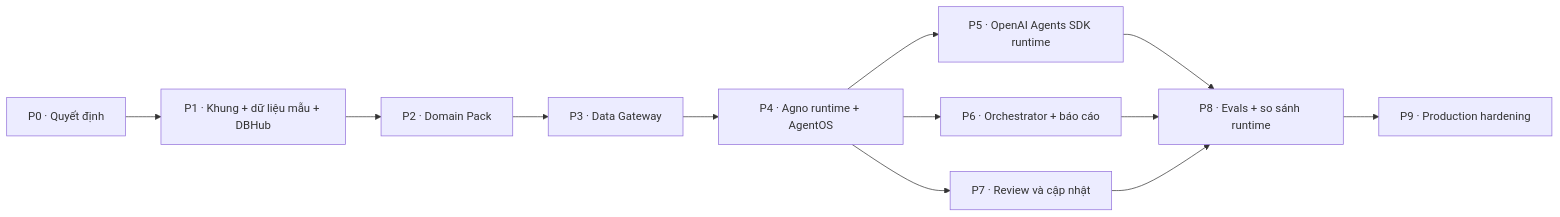
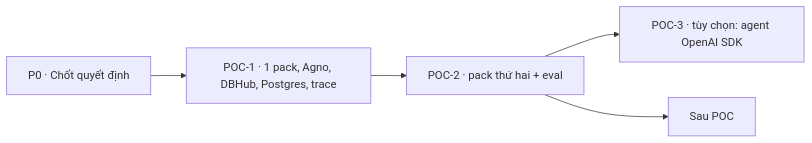
One commit to superken-python/ai-architecture changed the diagram in projects/cmb-09-data-agent-os/CHECKLIST.md. Above: the diagram before and after it, drawn with Mermaid. The commit also changed other lines of this file and 12 other files, not shown here.

First line of the commit message:
CMB-09: kiến trúc v2 cho POC tối giản, dùng lại skill của Data plugin

````diff
--- a/projects/cmb-09-data-agent-os/CHECKLIST.md
+++ b/projects/cmb-09-data-agent-os/CHECKLIST.md
@@ -11,14 +9,7 @@
 ```mermaid
 flowchart LR
-    P0[P0 · Quyết định] --> P1[P1 · Khung + dữ liệu mẫu + DBHub]
-    P1 --> P2[P2 · Domain Pack]
-    P2 --> P3[P3 · Data Gateway]
-    P3 --> P4[P4 · Agno runtime + AgentOS]
-    P4 --> P5[P5 · OpenAI Agents SDK runtime]
-    P4 --> P6[P6 · Orchestrator + báo cáo]
-    P4 --> P7[P7 · Review và cập nhật]
-    P5 --> P8[P8 · Evals + so sánh runtime]
-    P6 --> P8
-    P7 --> P8
-    P8 --> P9[P9 · Production hardening]
+    P0[P0 · Chốt quyết định] --> P1[POC-1 · 1 pack, Agno, DBHub, Postgres, trace]
+    P1 --> P2[POC-2 · pack thứ hai + eval]
+    P2 --> P3[POC-3 · tùy chọn: agent OpenAI SDK]
+    P2 --> L[Sau POC]
 ```
````
